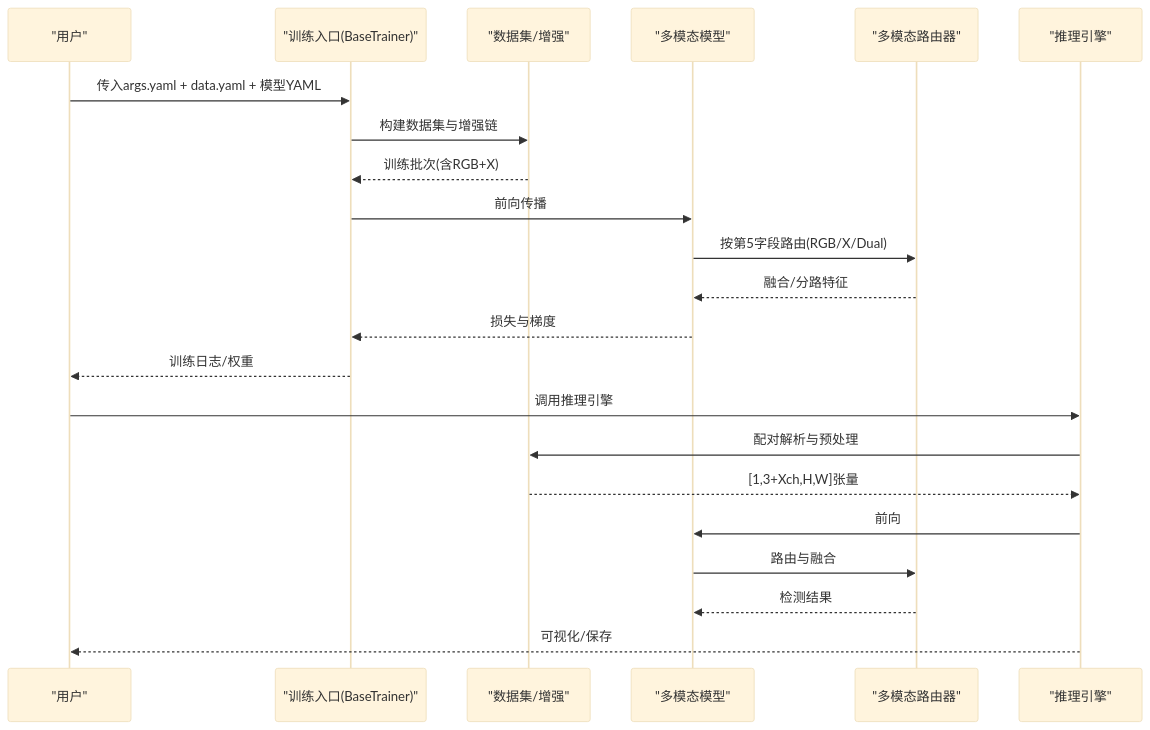
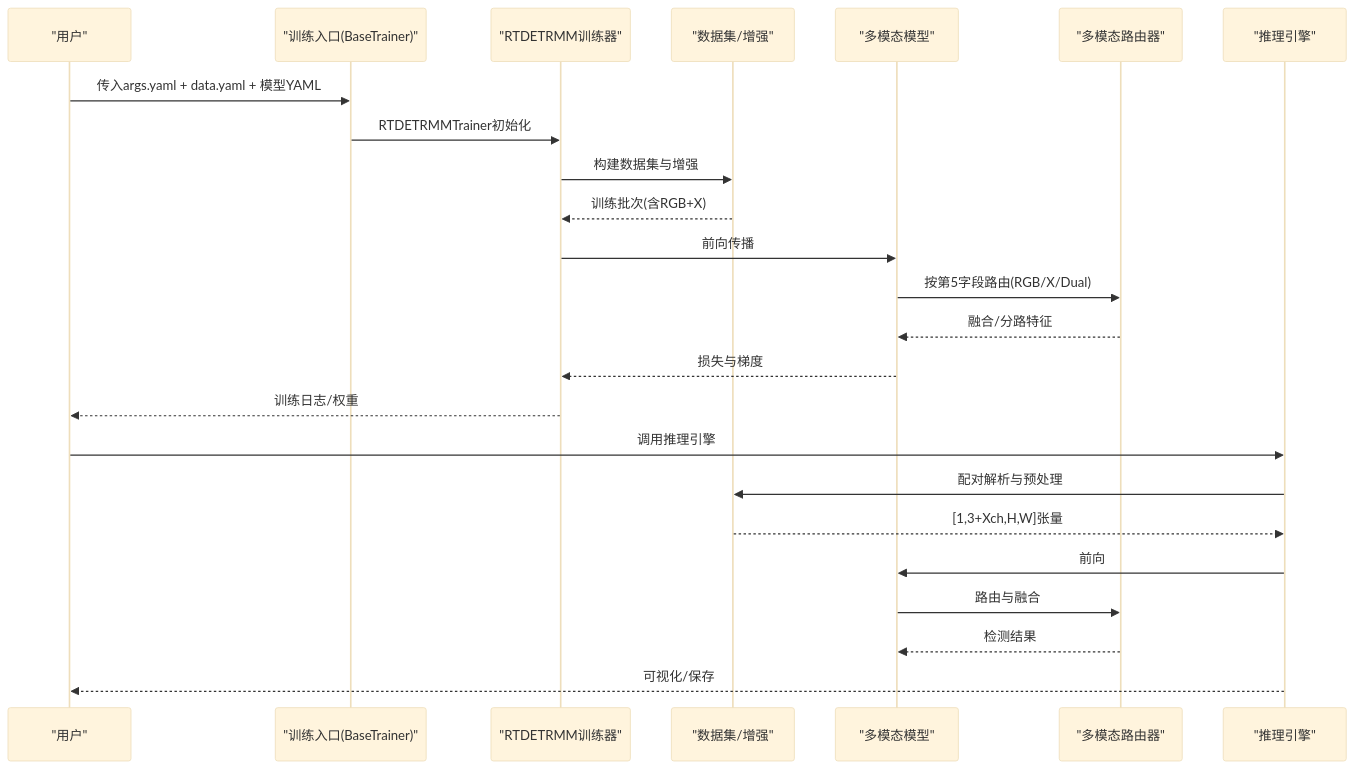
The second of 9 diagrams in .qoder/repowiki/zh/content/模型配置与管理/训练配置管理/多模态训练配置.md (2208754827/MM-IMPROVE), drawn with Mermaid (base theme) before and after one commit. The commit also changed other lines of this file and 202 other files, not shown here.

````diff
--- a/.qoder/repowiki/zh/content/模型配置与管理/训练配置管理/多模态训练配置.md
+++ b/.qoder/repowiki/zh/content/模型配置与管理/训练配置管理/多模态训练配置.md
@@ -102,24 +127,26 @@
 ```mermaid
 sequenceDiagram
 participant User as "用户"
 participant Trainer as "训练入口(BaseTrainer)"
+participant RTMM_Trainer as "RTDETRMM训练器"
 participant Data as "数据集/增强"
 participant Model as "多模态模型"
 participant Router as "多模态路由器"
 participant Infer as "推理引擎"
 User->>Trainer : 传入args.yaml + data.yaml + 模型YAML
-Trainer->>Data : 构建数据集与增强链
-Data-->>Trainer : 训练批次(含RGB+X)
-Trainer->>Model : 前向传播
+Trainer->>RTMM_Trainer : RTDETRMMTrainer初始化
+RTMM_Trainer->>Data : 构建数据集与增强
+Data-->>RTMM_Trainer : 训练批次(含RGB+X)
+RTMM_Trainer->>Model : 前向传播
 Model->>Router : 按第5字段路由(RGB/X/Dual)
 Router-->>Model : 融合/分路特征
-Model-->>Trainer : 损失与梯度
-Trainer-->>User : 训练日志/权重
+Model-->>RTMM_Trainer : 损失与梯度
+RTMM_Trainer-->>User : 训练日志/权重
 User->>Infer : 调用推理引擎
 Infer->>Data : 配对解析与预处理
 Data-->>Infer : [1,3+Xch,H,W]张量
 Infer->>Model : 前向
 Model->>Router : 路由与融合
 Router-->>Model : 检测结果
 Infer-->>User : 可视化/保存
 ```
````
